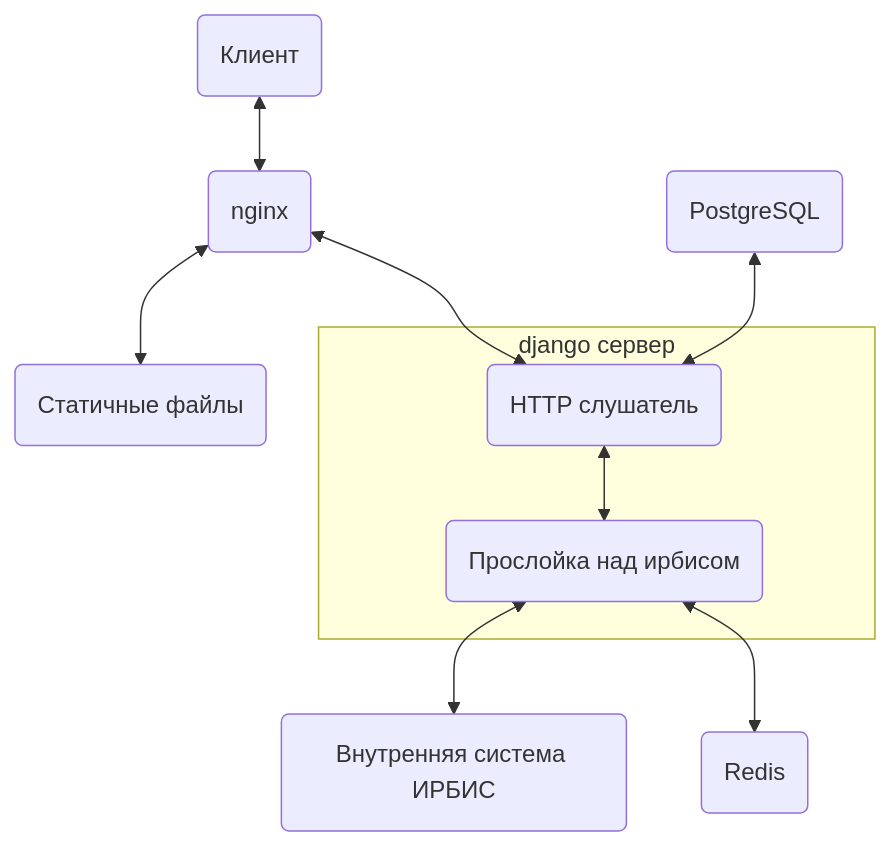
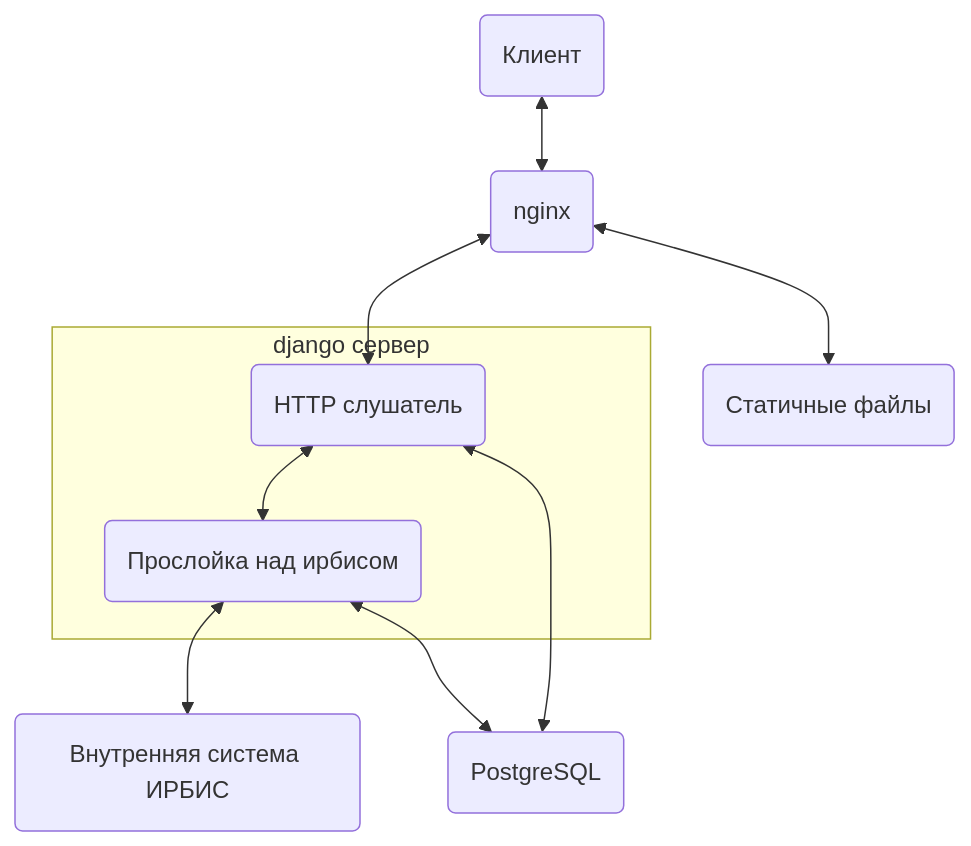
The first of 2 diagrams in README.md (nnn1ki/library-online), drawn with Mermaid before and after one commit.

Commit message:
Change redis to psql

````diff
--- a/README.md
+++ b/README.md
@@ -15,14 +15,14 @@
 ```mermaid
 graph TD
     client(Клиент) <--> nginx(nginx)
     nginx <--> static(Статичные файлы)
     nginx <--> listener(HTTP слушатель)
     psql(PostgreSQL) <--> listener
 
     subgraph django сервер
     listener <--> cacher(Прослойка над ирбисом)
     end
     
     cacher <--> irbis(Внутренняя система ИРБИС)
-    cacher <--> redis(Redis)
+    cacher <--> psql
 ```
````
